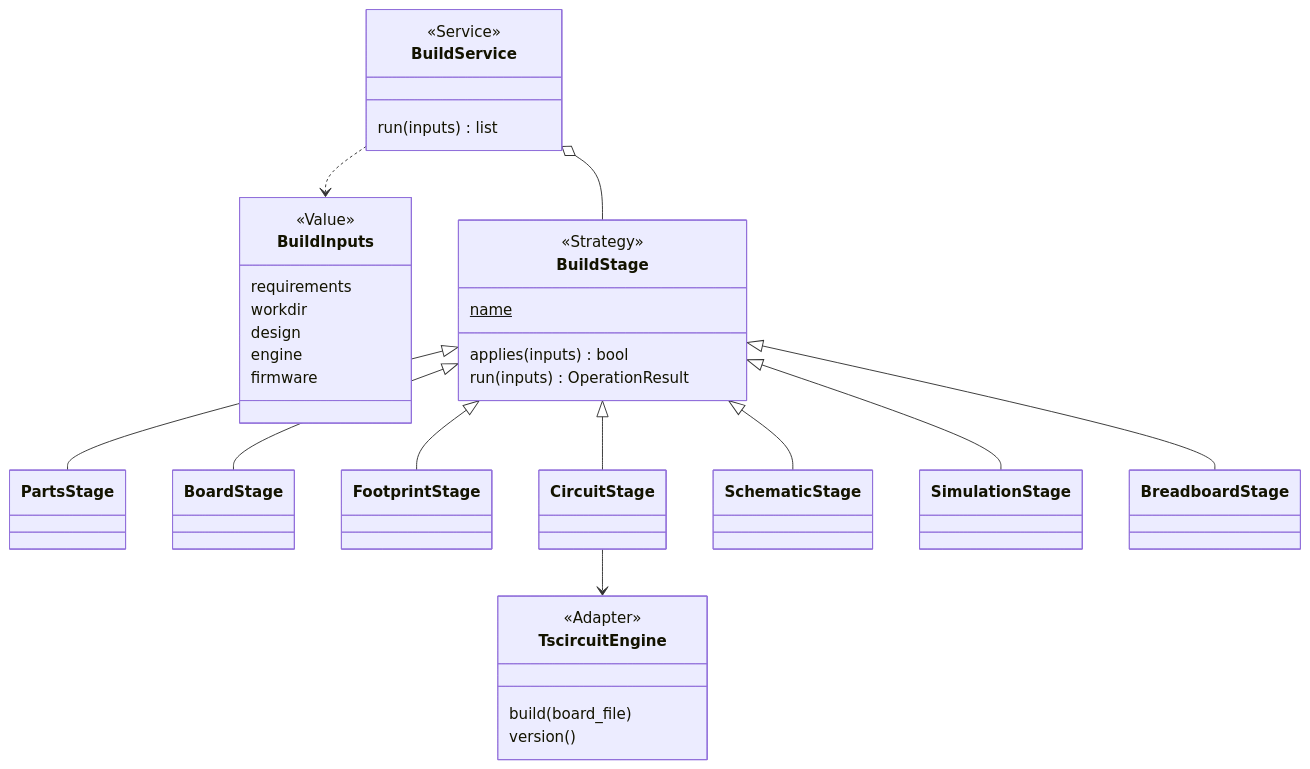
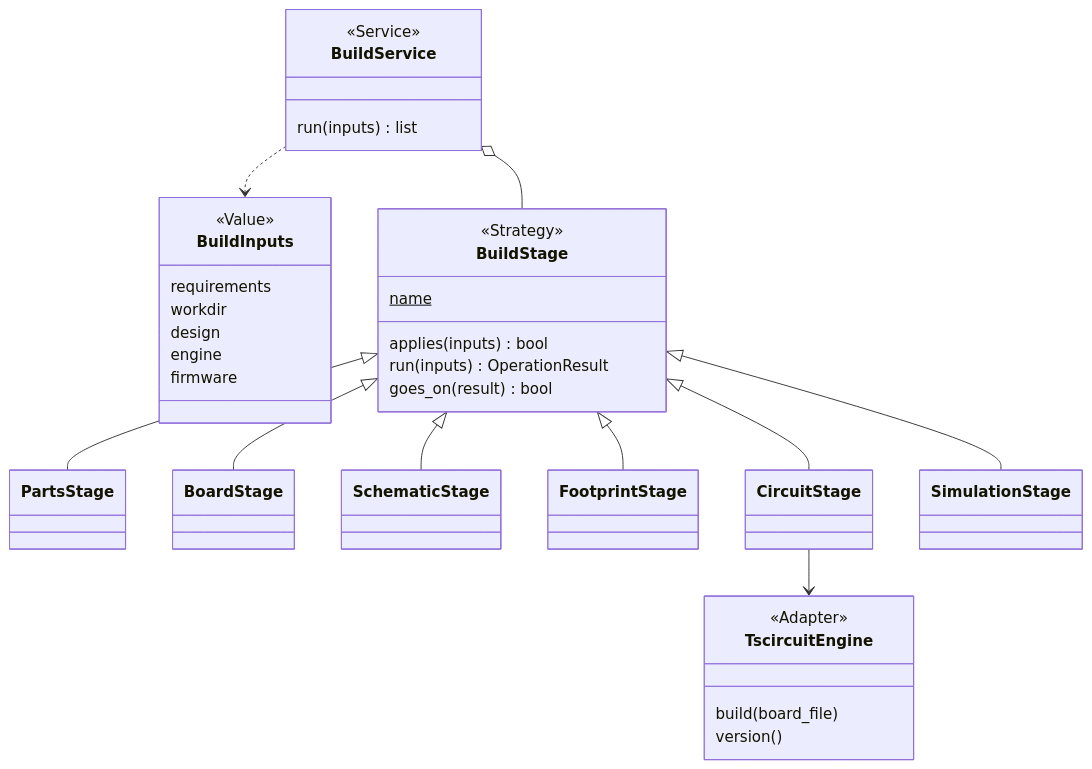
The first of 2 diagrams in docs/discovery/2026-10-19-p323-target-architecture/architecture/areas/build.md (xmejkal/spark), drawn with Mermaid before and after one commit. The commit also changed other lines of this file and 13 other files, not shown here.

````diff
--- a/docs/discovery/2026-10-19-p323-target-architecture/architecture/areas/build.md
+++ b/docs/discovery/2026-10-19-p323-target-architecture/architecture/areas/build.md
@@ -56,43 +49,36 @@
 ```mermaid
 classDiagram
   class BuildService {
     <<Service>>
     run(inputs) list
   }
   class BuildInputs {
     <<Value>>
     requirements
     workdir
     design
     engine
     firmware
   }
   class BuildStage {
     <<Strategy>>
     name$
     applies(inputs) bool
     run(inputs) OperationResult
+    goes_on(result) bool
   }
-  class PartsStage
-  class BoardStage
-  class FootprintStage
-  class CircuitStage
-  class SchematicStage
-  class SimulationStage
-  class BreadboardStage
   class TscircuitEngine {
     <<Adapter>>
     build(board_file)
     version()
   }
   BuildService o-- BuildStage
   BuildService ..> BuildInputs
   BuildStage <|-- PartsStage
   BuildStage <|-- BoardStage
+  BuildStage <|-- SchematicStage
   BuildStage <|-- FootprintStage
   BuildStage <|-- CircuitStage
-  BuildStage <|-- SchematicStage
   BuildStage <|-- SimulationStage
-  BuildStage <|-- BreadboardStage
   CircuitStage --> TscircuitEngine
 ```
````
